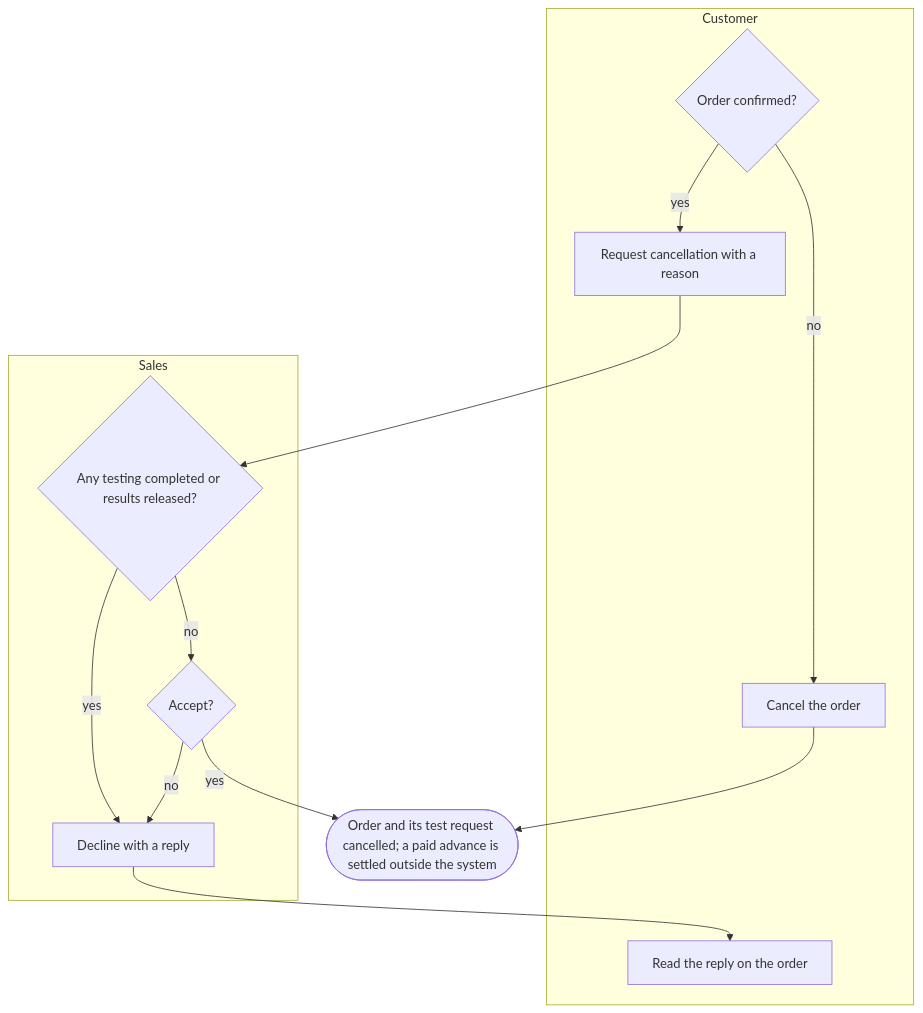
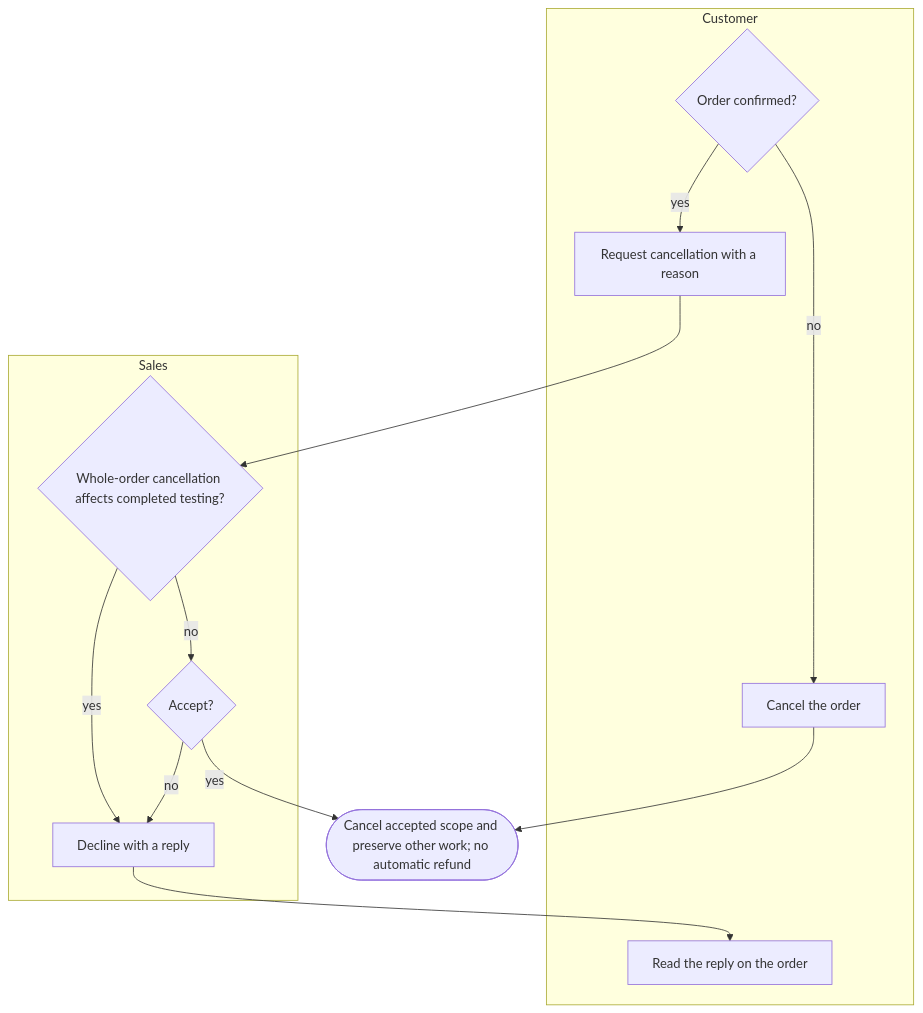
Before and after one commit to SoltuneMontepre/medilab: the ninth of 16 diagrams in docs/functional/business-flows.md, drawn with Mermaid. The commit also changed other lines of this file and 30 other files, not shown here.

````diff
--- a/docs/functional/business-flows.md
+++ b/docs/functional/business-flows.md
@@ -410,19 +434,19 @@
 ```mermaid
 flowchart TD
     subgraph lane22 ["Customer"]
         c1{Order confirmed?}
         c1 -->|no| c2[Cancel the order]
         c1 -->|yes| c3[Request cancellation with a reason]
         c4[Read the reply on the order]
     end
     subgraph lane23 ["Sales"]
-        s1{Any testing completed or results released?}
+        s1{Whole-order cancellation affects completed testing?}
         s1 -->|yes| s2[Decline with a reply]
         s1 -->|no| s3{Accept?}
         s3 -->|no| s2
     end
     c3 --> s1
     s2 --> c4
-    s3 -->|yes| cancel(["Order and its test request cancelled; a paid advance is settled outside the system"])
+    s3 -->|yes| cancel(["Cancel accepted scope and preserve other work; no automatic refund"])
     c2 --> cancel
 ```
````
